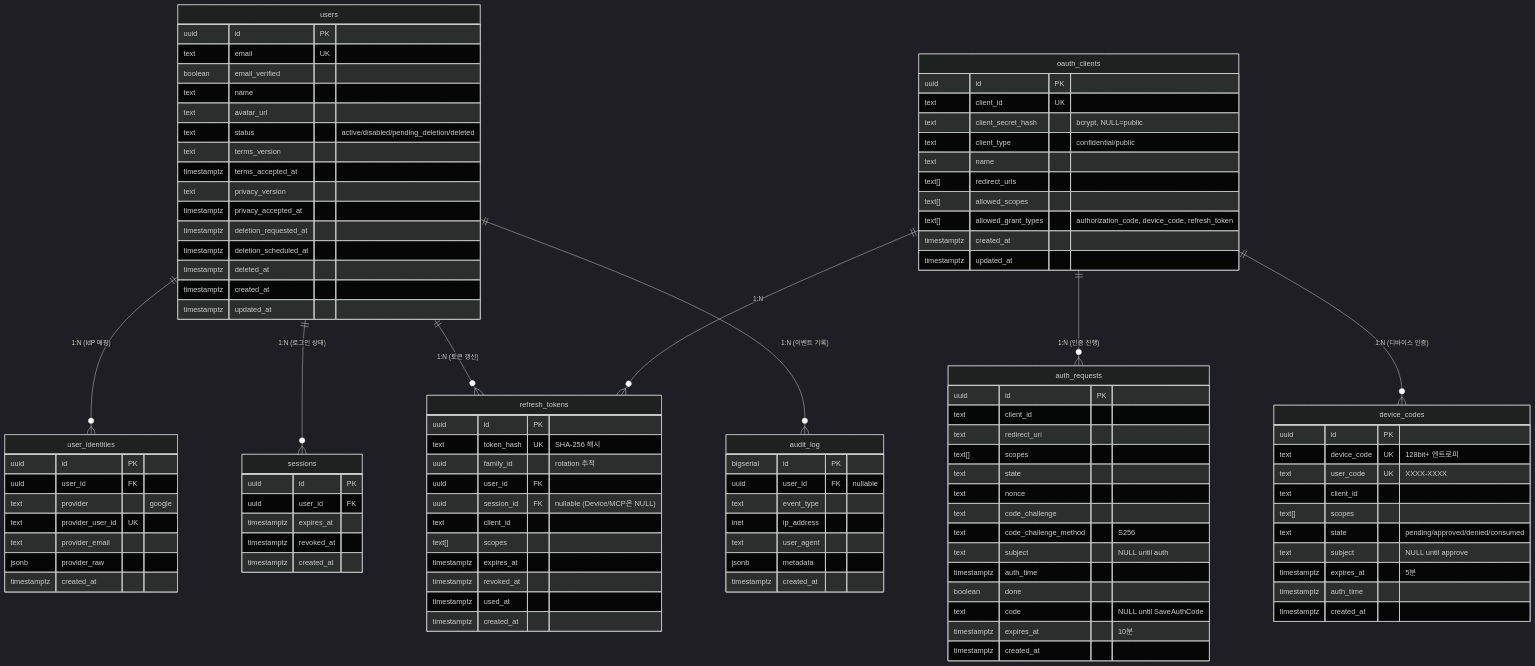
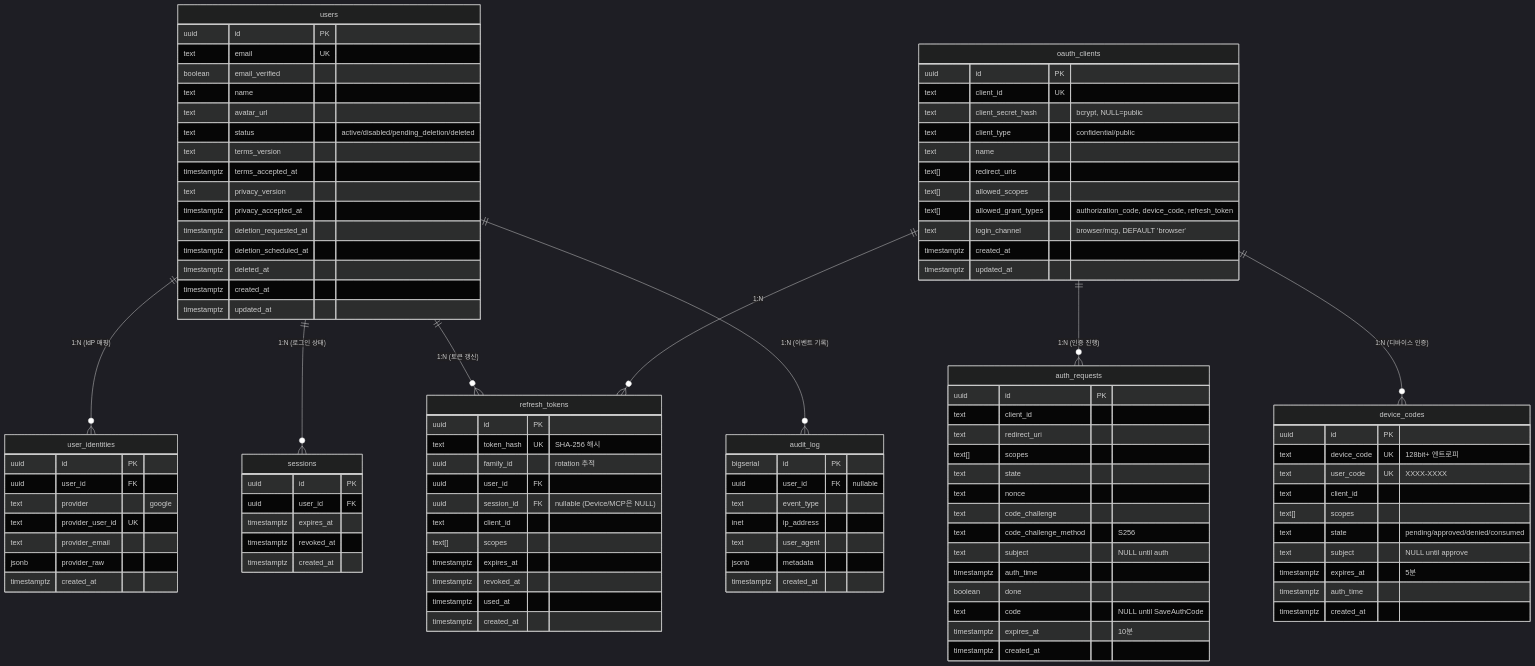
One commit to cagojeiger/authgate changed the diagram in docs/spec/007-data-model.md. Above: the diagram before and after it, drawn with Mermaid (dark theme). The commit also changed 21 other files, not shown here.

```diff
--- a/docs/spec/007-data-model.md
+++ b/docs/spec/007-data-model.md
@@ -76,6 +76,7 @@
         text[] redirect_uris
         text[] allowed_scopes
         text[] allowed_grant_types "authorization_code, device_code, refresh_token"
+        text login_channel "browser/mcp, DEFAULT 'browser'"
         timestamptz created_at
         timestamptz updated_at
     }
```
